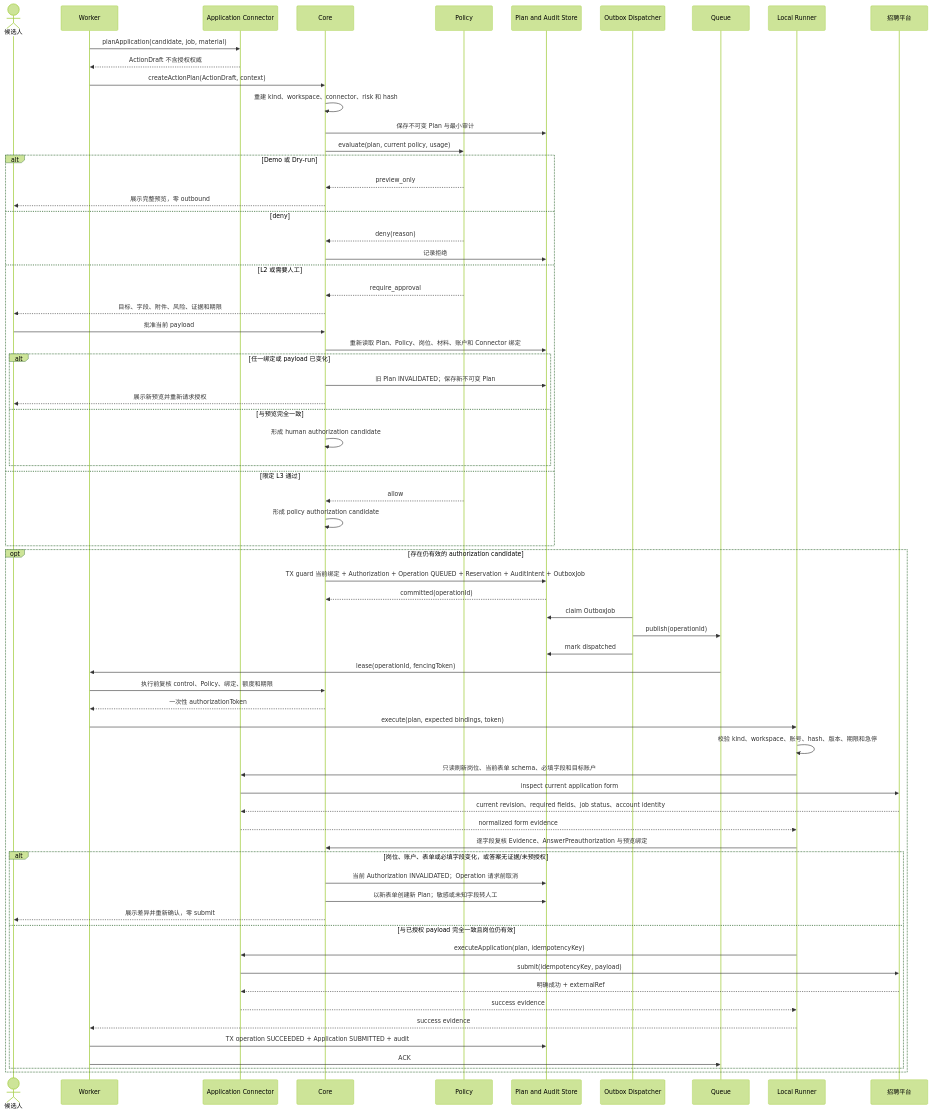
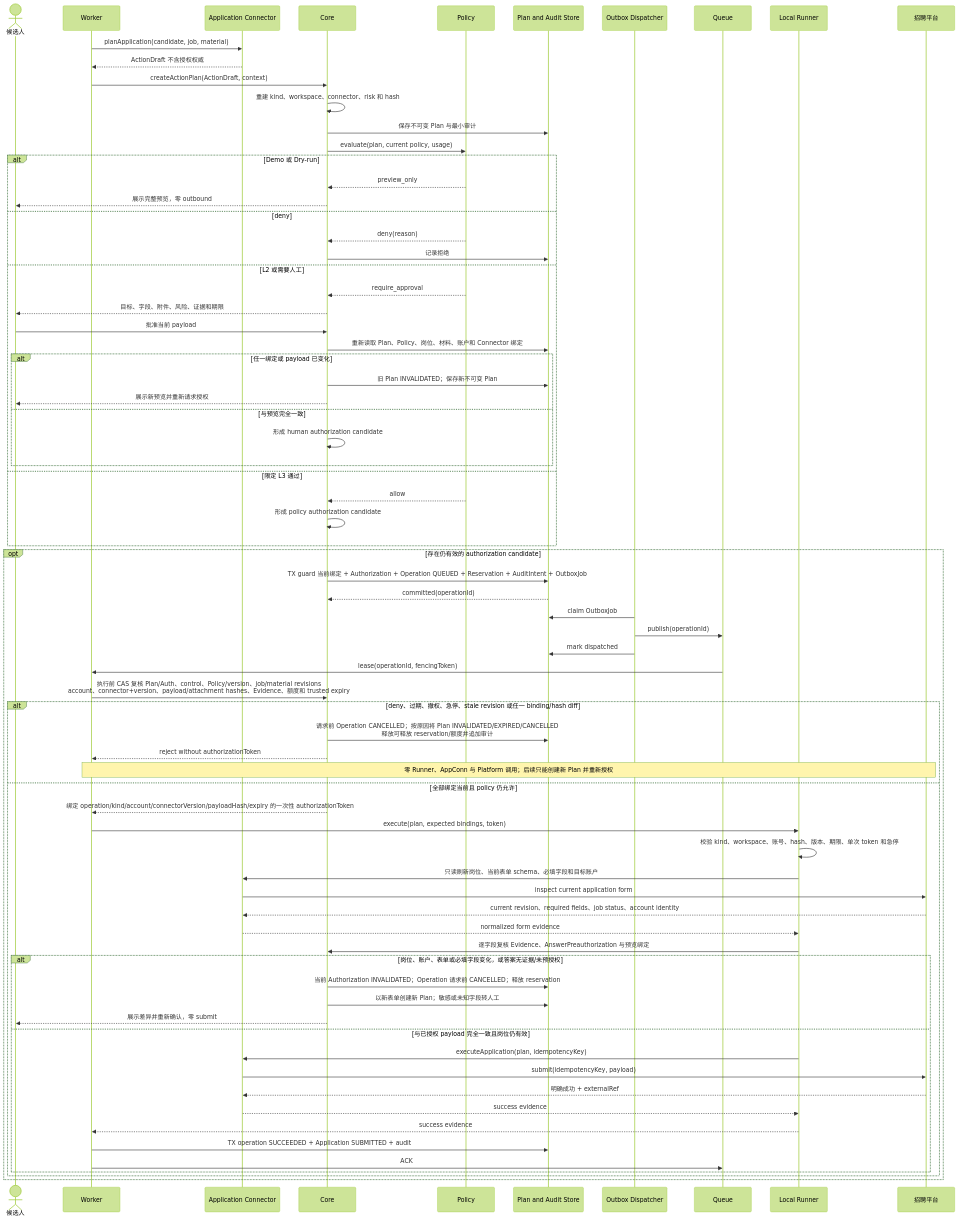
Before and after one commit to AnnCYW-cm/rolefox: the fourth of 24 diagrams in docs/product/uml/05-sequence-flows.md, drawn with Mermaid (forest theme). The commit also changed other lines of this file and 22 other files, not shown here.

Commit message:
docs: accept v0.1 product and UML baseline

````diff
--- a/docs/product/uml/05-sequence-flows.md
+++ b/docs/product/uml/05-sequence-flows.md
@@ -170,75 +186,82 @@
 ```mermaid
 sequenceDiagram
     actor User as 候选人
     participant Worker
     participant AppConn as Application Connector
     participant Core
     participant Policy
     participant DB as Plan and Audit Store
     participant Outbox as Outbox Dispatcher
     participant Queue
     participant Runner as Local Runner
     participant Platform as 招聘平台
 
     Worker->>AppConn: planApplication(candidate, job, material)
     AppConn-->>Worker: ActionDraft 不含授权权威
     Worker->>Core: createActionPlan(ActionDraft, context)
     Core->>Core: 重建 kind、workspace、connector、risk 和 hash
     %% @anchor PLAN_CREATED
     Core->>DB: 保存不可变 Plan 与最小审计
     Core->>Policy: evaluate(plan, current policy, usage)
     alt Demo 或 Dry-run
         Policy-->>Core: preview_only
         Core-->>User: 展示完整预览，零 outbound
     else deny
         Policy-->>Core: deny(reason)
         Core->>DB: 记录拒绝
     else L2 或需要人工
         Policy-->>Core: require_approval
         Core-->>User: 目标、字段、附件、风险、证据和期限
         User->>Core: 批准当前 payload
         Core->>DB: 重新读取 Plan、Policy、岗位、材料、账户和 Connector 绑定
         alt 任一绑定或 payload 已变化
             Core->>DB: 旧 Plan INVALIDATED；保存新不可变 Plan
             Core-->>User: 展示新预览并重新请求授权
         else 与预览完全一致
             Core->>Core: 形成 human authorization candidate
         end
     else 限定 L3 通过
         Policy-->>Core: allow
         Core->>Core: 形成 policy authorization candidate
     end
     opt 存在仍有效的 authorization candidate
         %% @anchor AUTH_OPERATION_OUTBOX_COMMITTED
         Core->>DB: TX guard 当前绑定 + Authorization + Operation QUEUED + Reservation + AuditIntent + OutboxJob
         DB-->>Core: committed(operationId)
         Outbox->>DB: claim OutboxJob
         Outbox->>Queue: publish(operationId)
         Outbox->>DB: mark dispatched
         Queue->>Worker: lease(operationId, fencingToken)
         %% @anchor EXECUTION_RECHECK
-        Worker->>Core: 执行前复核 control、Policy、绑定、额度和期限
-        Core-->>Worker: 一次性 authorizationToken
-        Worker->>Runner: execute(plan, expected bindings, token)
-        Runner->>Runner: 校验 kind、workspace、账号、hash、版本、期限和急停
-        %% @anchor REQUIRED_FIELD_RECHECK
-        Runner->>AppConn: 只读刷新岗位、当前表单 schema、必填字段和目标账户
-        AppConn->>Platform: inspect current application form
-        Platform-->>AppConn: current revision、required fields、job status、account identity
-        AppConn-->>Runner: normalized form evidence
-        Runner->>Core: 逐字段复核 Evidence、AnswerPreauthorization 与预览绑定
-        alt 岗位、账户、表单或必填字段变化，或答案无证据/未预授权
-            Core->>DB: 当前 Authorization INVALIDATED；Operation 请求前取消
-            Core->>DB: 以新表单创建新 Plan；敏感或未知字段转人工
-            Core-->>User: 展示差异并重新确认，零 submit
-        else 与已授权 payload 完全一致且岗位仍有效
-            Runner->>AppConn: executeApplication(plan, idempotencyKey)
-            AppConn->>Platform: submit(idempotencyKey, payload)
-            Platform-->>AppConn: 明确成功 + externalRef
-            AppConn-->>Runner: success evidence
-            Runner-->>Worker: success evidence
-            Worker->>DB: TX operation SUCCEEDED + Application SUBMITTED + audit
-            Worker->>Queue: ACK
+        Worker->>Core: 执行前 CAS 复核 Plan/Auth、control、Policy/version、job/material revisions<br/>account、connector+version、payload/attachment hashes、Evidence、额度和 trusted expiry
+        alt deny、过期、撤权、急停、stale revision 或任一 binding/hash diff
+            %% @anchor EXECUTION_RECHECK_DENY
+            Core->>DB: 请求前 Operation CANCELLED；按原因将 Plan INVALIDATED/EXPIRED/CANCELLED<br/>释放可释放 reservation/额度并追加审计
+            Core-->>Worker: reject without authorizationToken
+            Note over Worker,Platform: 零 Runner、AppConn 与 Platform 调用；后续只能创建新 Plan 并重新授权
+        else 全部绑定当前且 policy 仍允许
+            Core-->>Worker: 绑定 operation/kind/account/connectorVersion/payloadHash/expiry 的一次性 authorizationToken
+            Worker->>Runner: execute(plan, expected bindings, token)
+            Runner->>Runner: 校验 kind、workspace、账号、hash、版本、期限、单次 token 和急停
+            %% @anchor REQUIRED_FIELD_RECHECK
+            Runner->>AppConn: 只读刷新岗位、当前表单 schema、必填字段和目标账户
+            AppConn->>Platform: inspect current application form
+            Platform-->>AppConn: current revision、required fields、job status、account identity
+            AppConn-->>Runner: normalized form evidence
+            Runner->>Core: 逐字段复核 Evidence、AnswerPreauthorization 与预览绑定
+            alt 岗位、账户、表单或必填字段变化，或答案无证据/未预授权
+                Core->>DB: 当前 Authorization INVALIDATED；Operation 请求前 CANCELLED；释放 reservation
+                Core->>DB: 以新表单创建新 Plan；敏感或未知字段转人工
+                Core-->>User: 展示差异并重新确认，零 submit
+            else 与已授权 payload 完全一致且岗位仍有效
+                Runner->>AppConn: executeApplication(plan, idempotencyKey)
+                AppConn->>Platform: submit(idempotencyKey, payload)
+                Platform-->>AppConn: 明确成功 + externalRef
+                AppConn-->>Runner: success evidence
+                Runner-->>Worker: success evidence
+                Worker->>DB: TX operation SUCCEEDED + Application SUBMITTED + audit
+                Worker->>Queue: ACK
+            end
         end
     end
 ```
````
